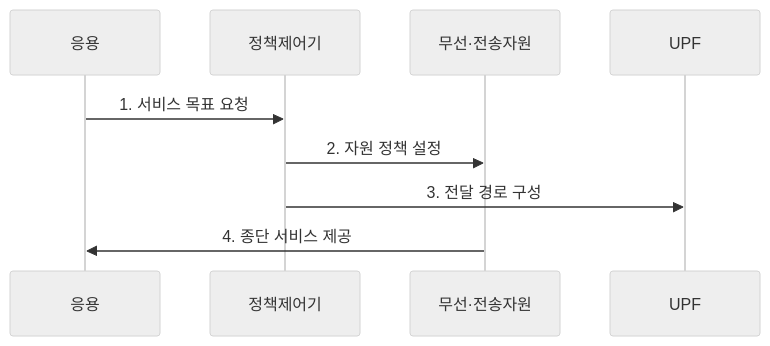
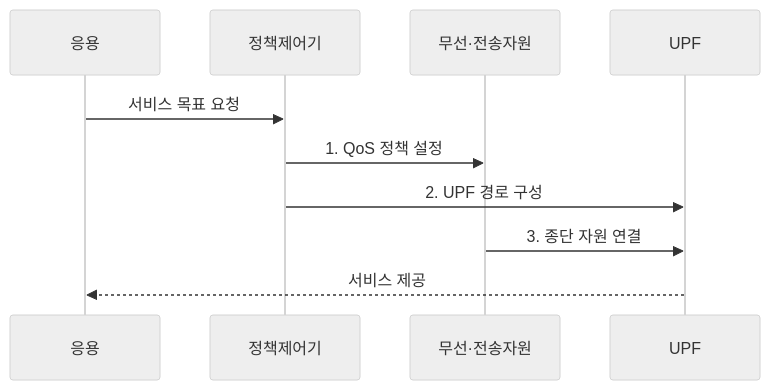
The second of 2 diagrams in src/content/docs/notes/04-network/036_5g_core_technologies.md (agnusdei1207/knowledge-base), drawn with Mermaid (neutral theme) before and after one commit. The commit also changed other lines of this file and 20 other files, not shown here.

````diff
--- a/src/content/docs/notes/04-network/036_5g_core_technologies.md
+++ b/src/content/docs/notes/04-network/036_5g_core_technologies.md
@@ -78,11 +73,12 @@
 ```mermaid
 sequenceDiagram
     participant 응용
     participant 정책제어기
     participant 무선·전송자원
     participant UPF
-    응용->>정책제어기: 1. 서비스 목표 요청
-    정책제어기->>무선·전송자원: 2. 자원 정책 설정
-    정책제어기->>UPF: 3. 전달 경로 구성
-    무선·전송자원->>응용: 4. 종단 서비스 제공
+    응용->>정책제어기: 서비스 목표 요청
+    정책제어기->>무선·전송자원: 1. QoS 정책 설정
+    정책제어기->>UPF: 2. UPF 경로 구성
+    무선·전송자원->>UPF: 3. 종단 자원 연결
+    UPF-->>응용: 서비스 제공
 ```
````
